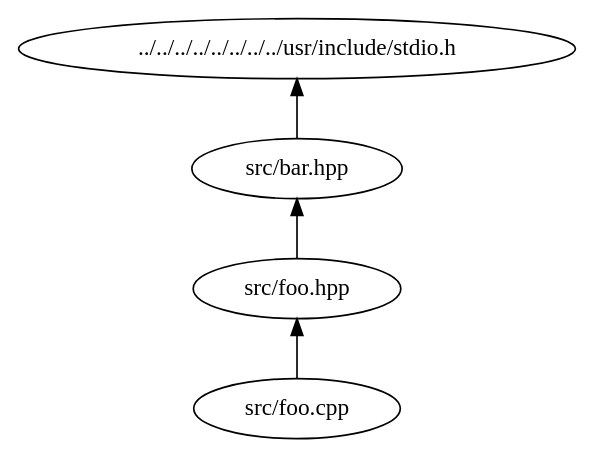
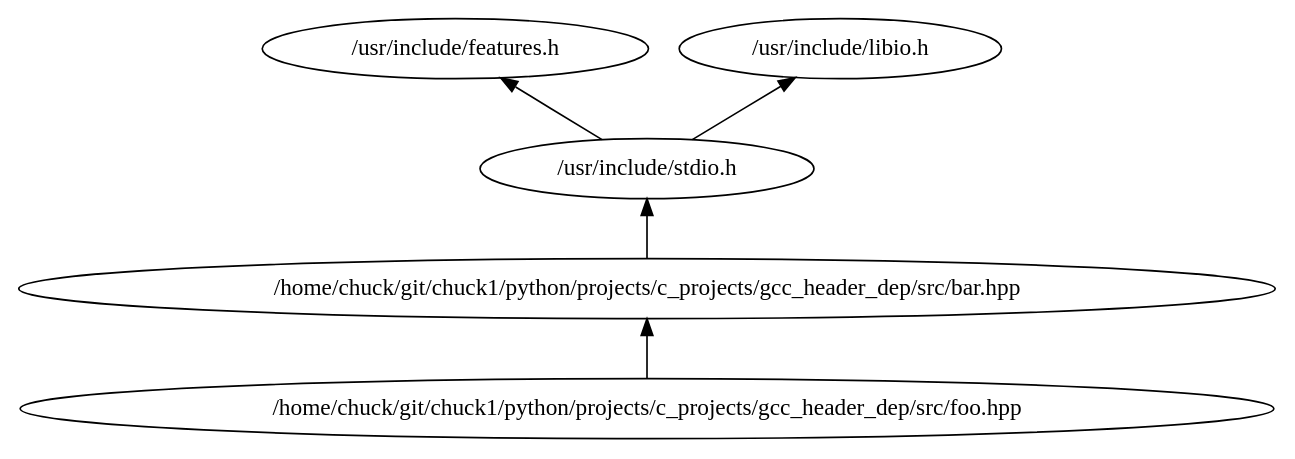
The diagram in projects/c_projects/gcc_header_dep/header_dep.dot (chuck1/site_kitchen), drawn with Graphviz before and after one commit. The commit also changed 5 other files, not shown here.

```diff
--- a/projects/c_projects/gcc_header_dep/header_dep.dot
+++ b/projects/c_projects/gcc_header_dep/header_dep.dot
@@ -1,10 +1,12 @@
 digraph {
 	rankdir=BT
-	homechuckgitchuck1pythonprojectsc_projectsgcc_header_depsrcfoocpp [label="src/foo.cpp"]
-	homechuckgitchuck1pythonprojectsc_projectsgcc_header_depsrcfoohpp [label="src/foo.hpp"]
-	homechuckgitchuck1pythonprojectsc_projectsgcc_header_depsrcbarhpp [label="src/bar.hpp"]
-	usrincludestdioh [label="../../../../../../../../usr/include/stdio.h"]
-	homechuckgitchuck1pythonprojectsc_projectsgcc_header_depsrcfoocpp -> homechuckgitchuck1pythonprojectsc_projectsgcc_header_depsrcfoohpp
+	homechuckgitchuck1pythonprojectsc_projectsgcc_header_depsrcfoohpp [label="/home/chuck/git/chuck1/python/projects/c_projects/gcc_header_dep/src/foo.hpp"]
+	homechuckgitchuck1pythonprojectsc_projectsgcc_header_depsrcbarhpp [label="/home/chuck/git/chuck1/python/projects/c_projects/gcc_header_dep/src/bar.hpp"]
+	usrincludestdioh [label="/usr/include/stdio.h"]
+	usrincludefeaturesh [label="/usr/include/features.h"]
+	usrincludelibioh [label="/usr/include/libio.h"]
 	homechuckgitchuck1pythonprojectsc_projectsgcc_header_depsrcfoohpp -> homechuckgitchuck1pythonprojectsc_projectsgcc_header_depsrcbarhpp
 	homechuckgitchuck1pythonprojectsc_projectsgcc_header_depsrcbarhpp -> usrincludestdioh
+	usrincludestdioh -> usrincludefeaturesh
+	usrincludestdioh -> usrincludelibioh
 }
```
